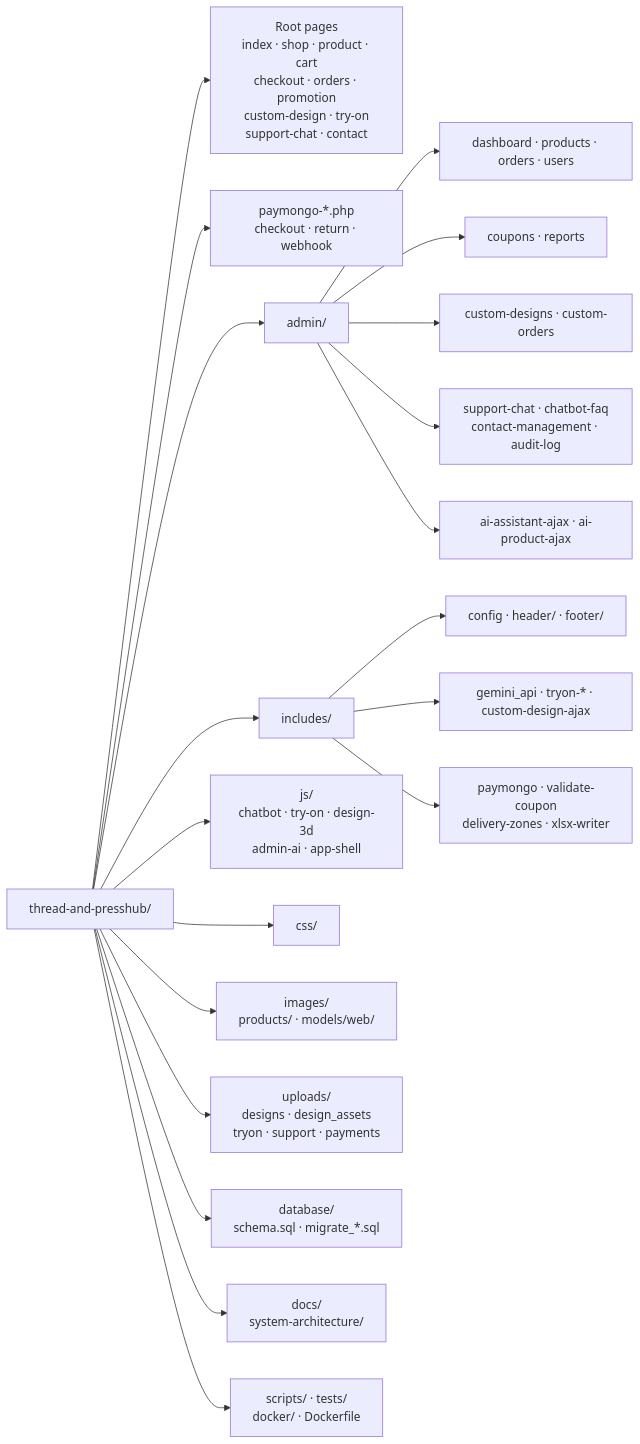
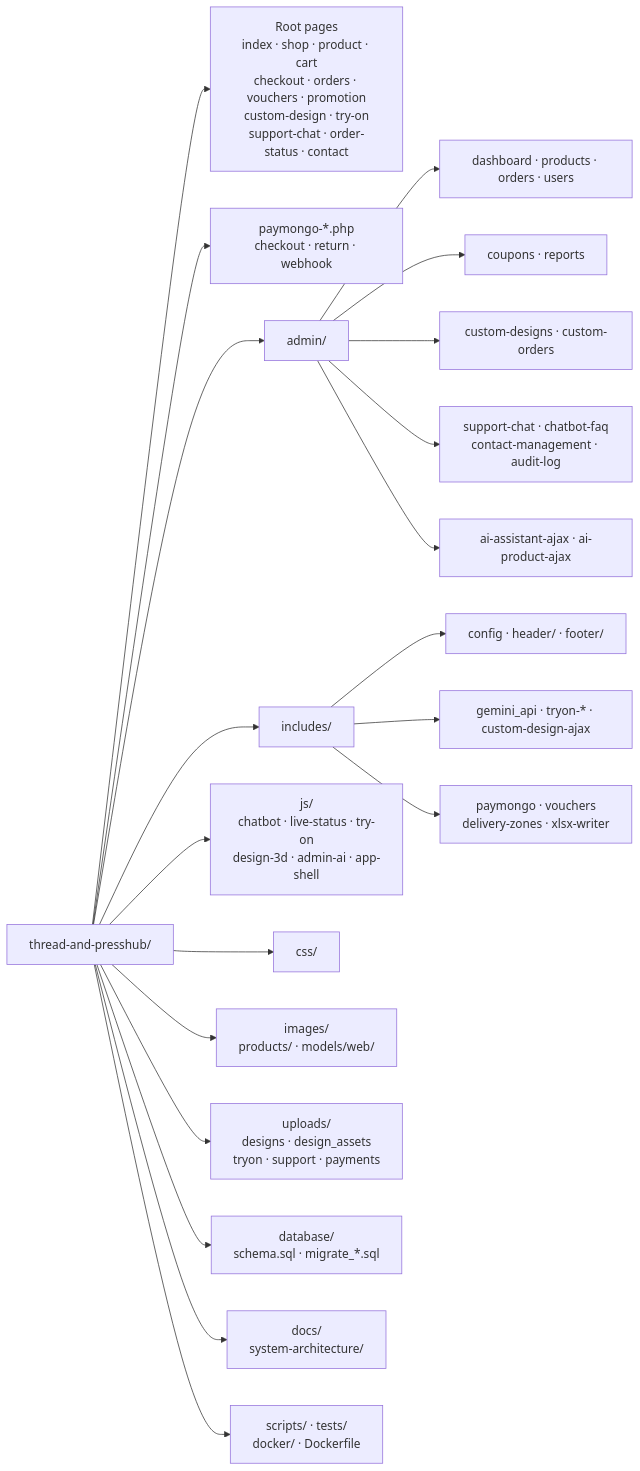
Before and after one commit to kurooo-san/THREAD-AND-PRESS-HUB: the diagram in docs/system-architecture/file structure.mmd, drawn with Mermaid. The commit also changed 31 other files, not shown here.

First line of the commit message:
Update docs and diagrams for vouchers, chat handoff and live status

```diff
--- a/docs/system-architecture/file structure.mmd
+++ b/docs/system-architecture/file structure.mmd
@@ -1,22 +1,22 @@
 %% Project folders. Matches docs/SYSTEM_ARCHITECTURE.md section 9.
 flowchart LR
     R["thread-and-presshub/"]
-    R --> RT["Root pages<br/>index · shop · product · cart<br/>checkout · orders · promotion<br/>custom-design · try-on<br/>support-chat · contact"]
+    R --> RT["Root pages<br/>index · shop · product · cart<br/>checkout · orders · vouchers · promotion<br/>custom-design · try-on<br/>support-chat · order-status · contact"]
     R --> PM["paymongo-*.php<br/>checkout · return · webhook"]
     R --> AD["admin/"]
     AD --> AD1["dashboard · products · orders · users"]
     AD --> AD2["coupons · reports"]
     AD --> AD3["custom-designs · custom-orders"]
     AD --> AD4["support-chat · chatbot-faq<br/>contact-management · audit-log"]
     AD --> AD5["ai-assistant-ajax · ai-product-ajax"]
     R --> IN["includes/"]
     IN --> IN1["config · header/ · footer/"]
     IN --> IN2["gemini_api · tryon-* · custom-design-ajax"]
-    IN --> IN3["paymongo · validate-coupon<br/>delivery-zones · xlsx-writer"]
-    R --> JS["js/<br/>chatbot · try-on · design-3d<br/>admin-ai · app-shell"]
+    IN --> IN3["paymongo · vouchers<br/>delivery-zones · xlsx-writer"]
+    R --> JS["js/<br/>chatbot · live-status · try-on<br/>design-3d · admin-ai · app-shell"]
     R --> CS["css/"]
     R --> IM["images/<br/>products/ · models/web/"]
     R --> UP["uploads/<br/>designs · design_assets<br/>tryon · support · payments"]
     R --> DBF["database/<br/>schema.sql · migrate_*.sql"]
     R --> DO["docs/<br/>system-architecture/"]
     R --> OT["scripts/ · tests/<br/>docker/ · Dockerfile"]
```
